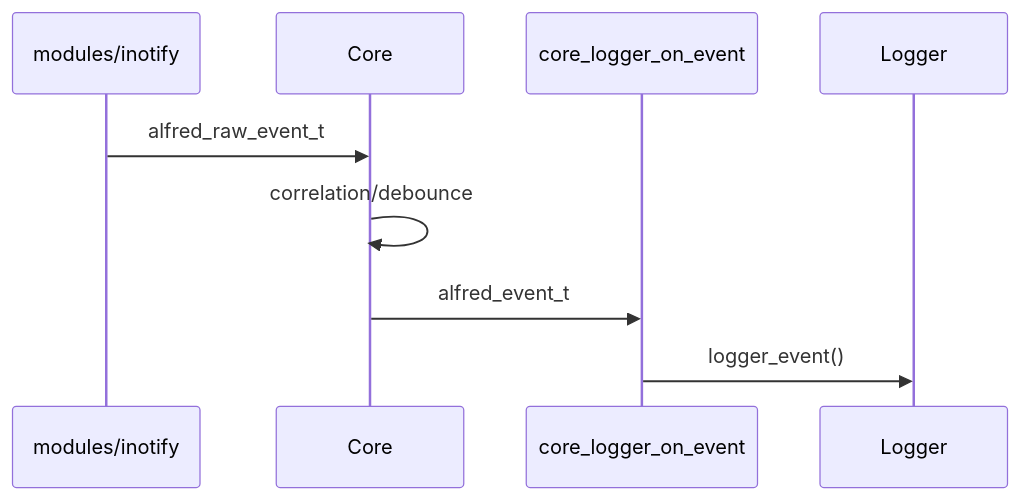
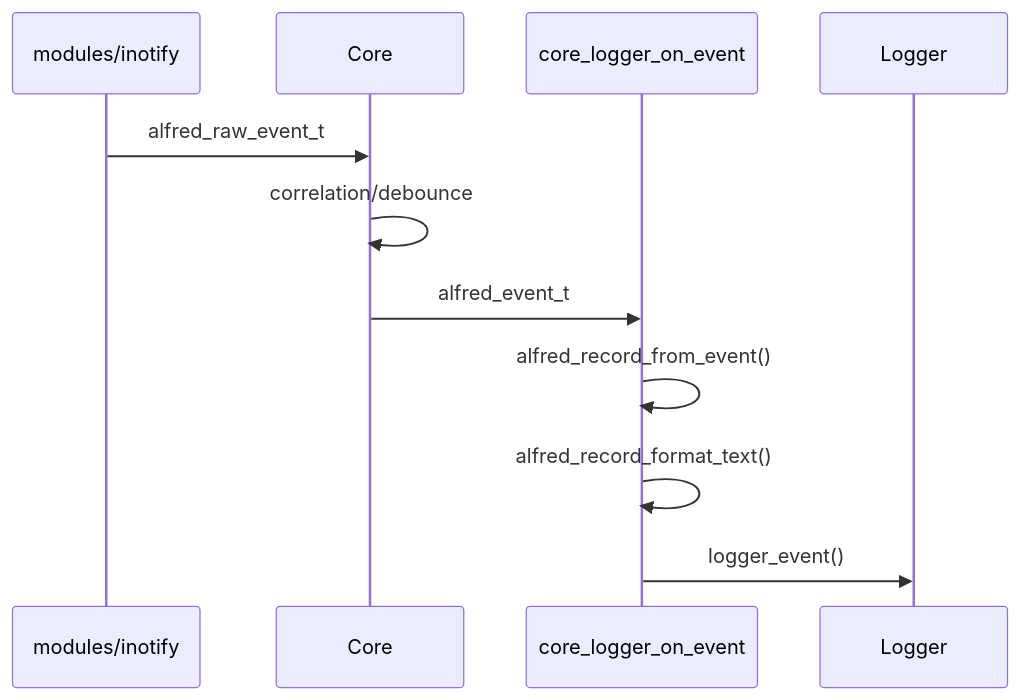
Before and after one commit to kinderp/alfred: the second of 2 diagrams in docs/it/06-core-engine.md, drawn with Mermaid. The commit also changed other lines of this file and 12 other files, not shown here.

````diff
--- a/docs/it/06-core-engine.md
+++ b/docs/it/06-core-engine.md
@@ -241,12 +247,14 @@
 ```mermaid
 sequenceDiagram
     participant Inotify as modules/inotify
     participant Core
     participant Callback as core_logger_on_event
     participant Logger
 
     Inotify->>Core: alfred_raw_event_t
     Core->>Core: correlation/debounce
     Core->>Callback: alfred_event_t
+    Callback->>Callback: alfred_record_from_event()
+    Callback->>Callback: alfred_record_format_text()
     Callback->>Logger: logger_event()
 ```
````
